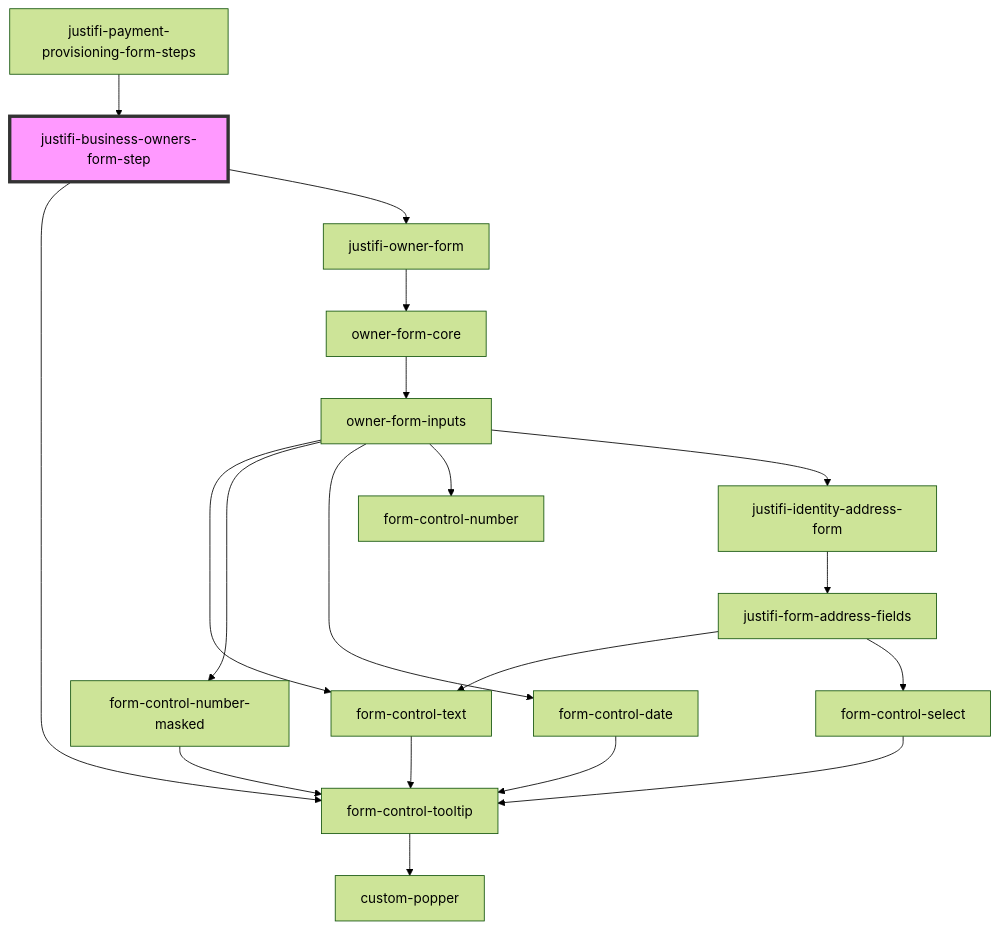
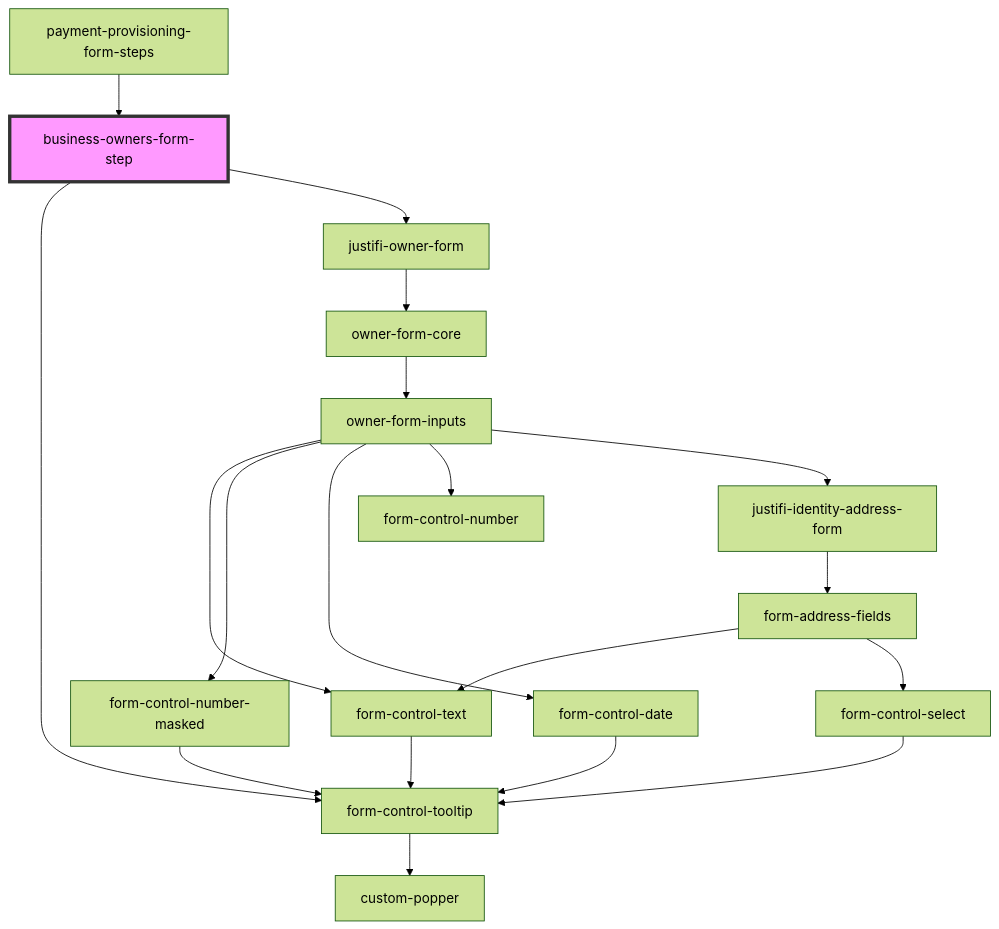
The diagram in packages/webcomponents/src/components/business-forms/payment-provisioning/business-owners/readme.md (justifi-tech/web-component-library), drawn with Mermaid (forest theme) before and after one commit. The commit also changed other lines of this file and 36 other files, not shown here.

````diff
--- a/packages/webcomponents/src/components/business-forms/payment-provisioning/business-owners/readme.md
+++ b/packages/webcomponents/src/components/business-forms/payment-provisioning/business-owners/readme.md
@@ -59,22 +59,22 @@
 ```mermaid
 graph TD;
-  justifi-business-owners-form-step --> form-control-tooltip
-  justifi-business-owners-form-step --> justifi-owner-form
+  business-owners-form-step --> form-control-tooltip
+  business-owners-form-step --> justifi-owner-form
   form-control-tooltip --> custom-popper
   justifi-owner-form --> owner-form-core
   owner-form-core --> owner-form-inputs
   owner-form-inputs --> form-control-text
   owner-form-inputs --> form-control-number-masked
   owner-form-inputs --> form-control-date
   owner-form-inputs --> form-control-number
   owner-form-inputs --> justifi-identity-address-form
   form-control-text --> form-control-tooltip
   form-control-number-masked --> form-control-tooltip
   form-control-date --> form-control-tooltip
-  justifi-identity-address-form --> justifi-form-address-fields
-  justifi-form-address-fields --> form-control-text
-  justifi-form-address-fields --> form-control-select
+  justifi-identity-address-form --> form-address-fields
+  form-address-fields --> form-control-text
+  form-address-fields --> form-control-select
   form-control-select --> form-control-tooltip
-  justifi-payment-provisioning-form-steps --> justifi-business-owners-form-step
-  style justifi-business-owners-form-step fill:#f9f,stroke:#333,stroke-width:4px
+  payment-provisioning-form-steps --> business-owners-form-step
+  style business-owners-form-step fill:#f9f,stroke:#333,stroke-width:4px
 ```
````
